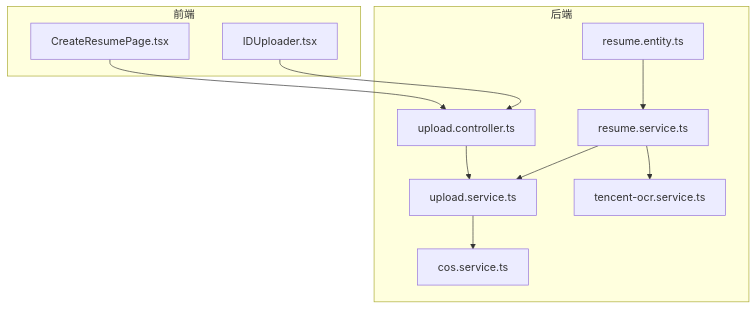
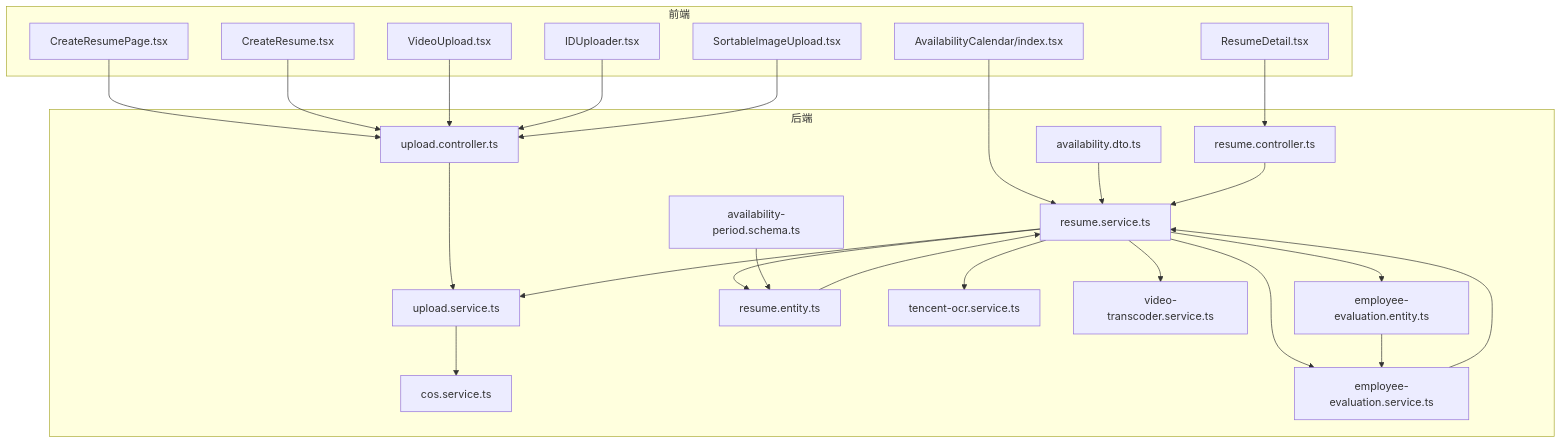
Before and after one commit to sunxuebo91/andejiazhengkaifa: the first of 5 diagrams in .qoder/repowiki/zh/content/核心功能模块/简历管理模块.md, drawn with Mermaid. The commit also changed other lines of this file and 439 other files, not shown here.

````diff
--- a/.qoder/repowiki/zh/content/核心功能模块/简历管理模块.md
+++ b/.qoder/repowiki/zh/content/核心功能模块/简历管理模块.md
@@ -41,22 +58,47 @@
 ```mermaid
 graph TB
 subgraph "前端"
 A[CreateResumePage.tsx]
-B[IDUploader.tsx]
+B[CreateResume.tsx]
+C[ResumeDetail.tsx]
+D[VideoUpload.tsx]
+E[AvailabilityCalendar/index.tsx]
+F[IDUploader.tsx]
+G[SortableImageUpload.tsx]
 end
 subgraph "后端"
-C[upload.controller.ts]
-D[upload.service.ts]
-E[cos.service.ts]
-F[resume.service.ts]
-G[resume.entity.ts]
-H[tencent-ocr.service.ts]
+H[upload.controller.ts]
+I[upload.service.ts]
+J[cos.service.ts]
+K[resume.service.ts]
+L[resume.entity.ts]
+M[tencent-ocr.service.ts]
+N[video-transcoder.service.ts]
+O[availability-period.schema.ts]
+P[availability.dto.ts]
+Q[employee-evaluation.entity.ts]
+R[employee-evaluation.service.ts]
+S[resume.controller.ts]
 end
-A --> C
-B --> C
-C --> D
-D --> E
-F --> D
+A --> H
+B --> H
+C --> S
+D --> H
+E --> K
 F --> H
-G --> F
+G --> H
+H --> I
+I --> J
+K --> I
+K --> L
+K --> M
+K --> N
+K --> Q
+K --> R
+L --> K
+O --> L
+P --> K
+Q --> R
+R --> K
+S --> K
 ```
````
